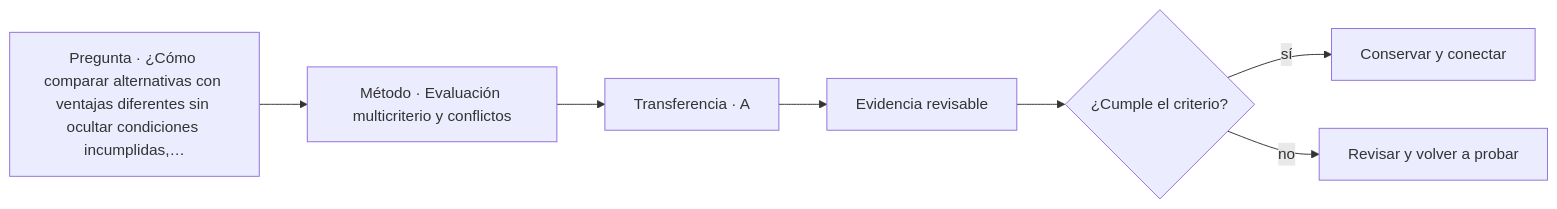
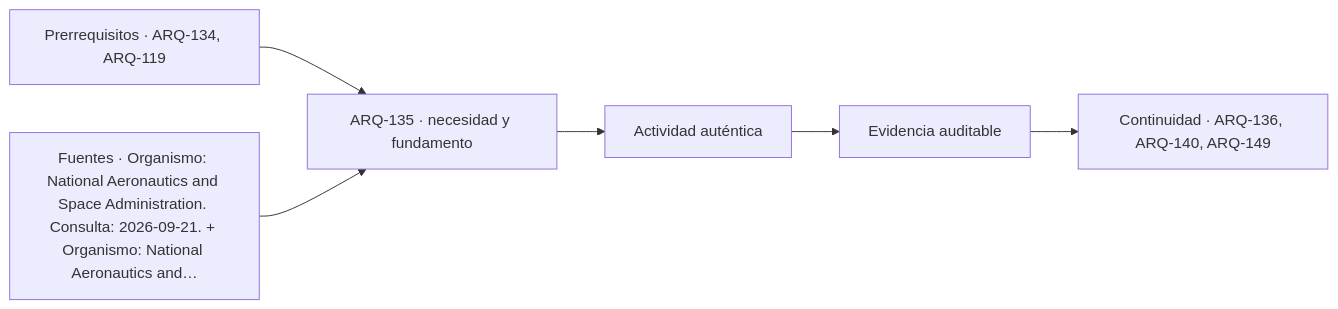
Before and after one commit to vladimiracunadev-create/architecture-built-environment-learning-program: the diagram in classes/parte-14/ARQ-135.md, drawn with Mermaid. The commit also changed other lines of this file and 761 other files, not shown here.

````diff
--- a/classes/parte-14/ARQ-135.md
+++ b/classes/parte-14/ARQ-135.md
@@ -131,9 +143,8 @@
 ```mermaid
 flowchart LR
-    Q["Pregunta · ¿Cómo comparar alternativas con ventajas diferentes sin ocultar condiciones incumplidas,…"] --> M["Método · Evaluación multicriterio y conflictos"]
-    M --> P["Transferencia · A"]
-    P --> E["Evidencia revisable"]
-    E --> C{"¿Cumple el criterio?"}
-    C -->|sí| T["Conservar y conectar"]
-    C -->|no| R["Revisar y volver a probar"]
+    A["Prerrequisitos · ARQ-134, ARQ-119"] --> B["ARQ-135 · necesidad y fundamento"]
+    S["Fuentes · Organismo: National Aeronautics and Space Administration. Consulta: 2026-09-21. + Organismo: National Aeronautics and…"] --> B
+    B --> C["Actividad auténtica"]
+    C --> D["Evidencia auditable"]
+    D --> E["Continuidad · ARQ-136, ARQ-140, ARQ-149"]
 ```
````
